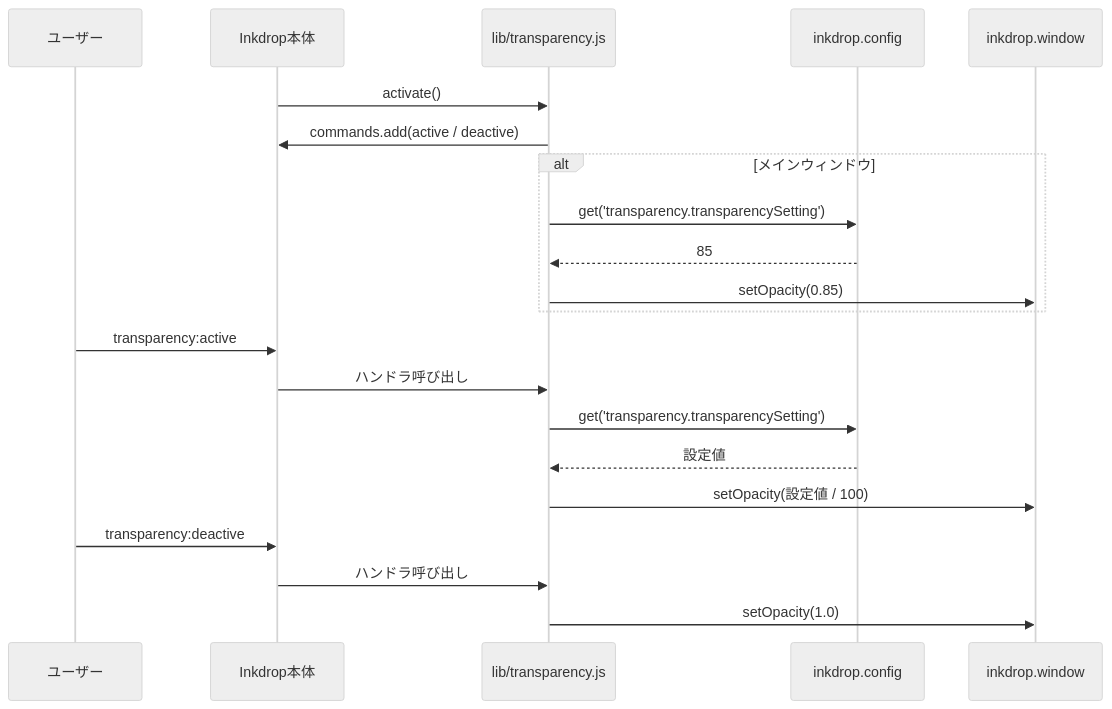
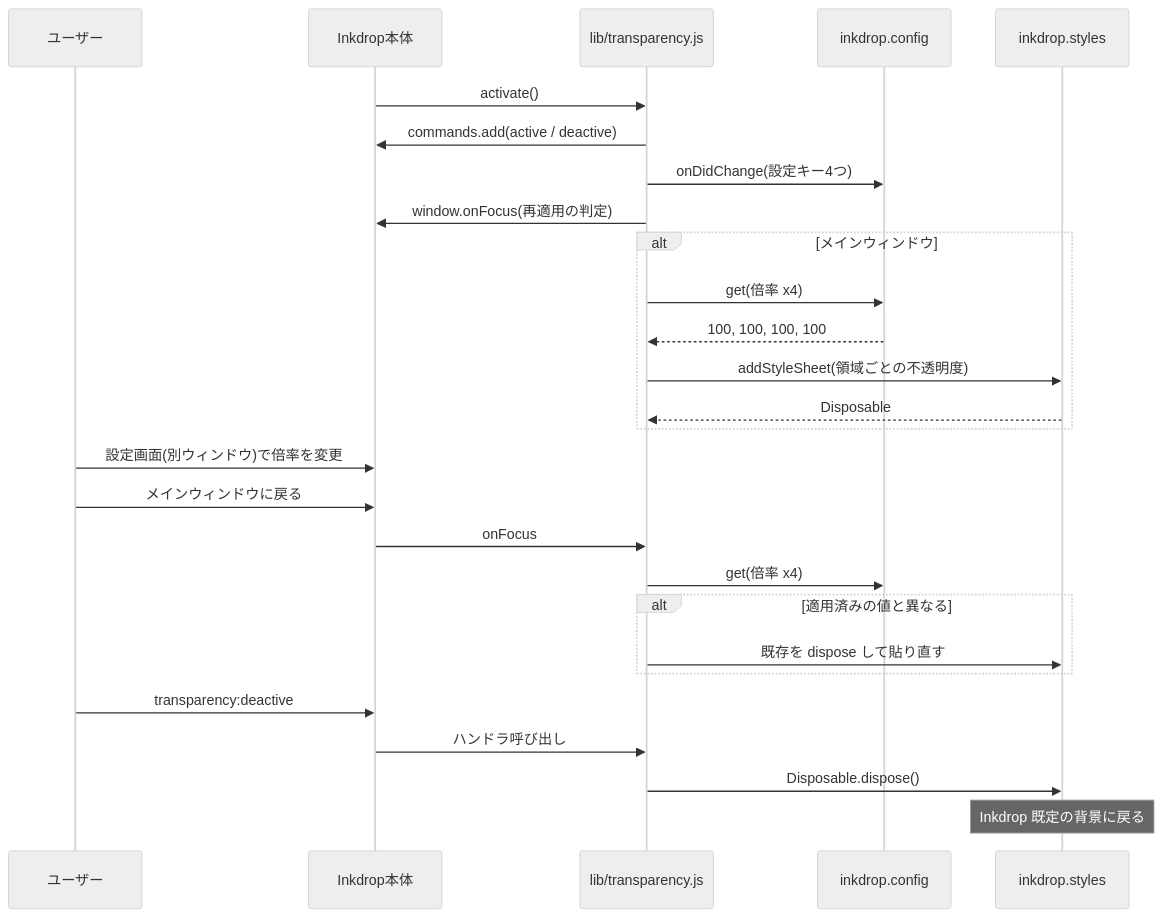
The second of 2 diagrams in docs/design/architecture.md (ban367/inkdrop-transparency), drawn with Mermaid (neutral theme) before and after one commit. The commit also changed other lines of this file and 12 other files, not shown here.

First line of the commit message:
feat!: tune the acrylic window per area on Inkdrop 6

````diff
--- a/docs/design/architecture.md
+++ b/docs/design/architecture.md
@@ -25,26 +28,32 @@
 ```mermaid
 sequenceDiagram
     participant User as ユーザー
     participant Inkdrop as Inkdrop本体
     participant Plugin as lib/transparency.js
     participant Config as inkdrop.config
-    participant Window as inkdrop.window
+    participant Styles as inkdrop.styles
 
     Inkdrop->>Plugin: activate()
     Plugin->>Inkdrop: commands.add(active / deactive)
+    Plugin->>Config: onDidChange(設定キー4つ)
+    Plugin->>Inkdrop: window.onFocus(再適用の判定)
     alt メインウィンドウ
-        Plugin->>Config: get('transparency.transparencySetting')
-        Config-->>Plugin: 85
-        Plugin->>Window: setOpacity(0.85)
+        Plugin->>Config: get(倍率 x4)
+        Config-->>Plugin: 100, 100, 100, 100
+        Plugin->>Styles: addStyleSheet(領域ごとの不透明度)
+        Styles-->>Plugin: Disposable
     end
 
-    User->>Inkdrop: transparency:active
-    Inkdrop->>Plugin: ハンドラ呼び出し
-    Plugin->>Config: get('transparency.transparencySetting')
-    Config-->>Plugin: 設定値
-    Plugin->>Window: setOpacity(設定値 / 100)
+    User->>Inkdrop: 設定画面(別ウィンドウ)で倍率を変更
+    User->>Inkdrop: メインウィンドウに戻る
+    Inkdrop->>Plugin: onFocus
+    Plugin->>Config: get(倍率 x4)
+    alt 適用済みの値と異なる
+        Plugin->>Styles: 既存を dispose して貼り直す
+    end
 
     User->>Inkdrop: transparency:deactive
     Inkdrop->>Plugin: ハンドラ呼び出し
-    Plugin->>Window: setOpacity(1.0)
+    Plugin->>Styles: Disposable.dispose()
+    Note over Styles: Inkdrop 既定の背景に戻る
 ```
````
